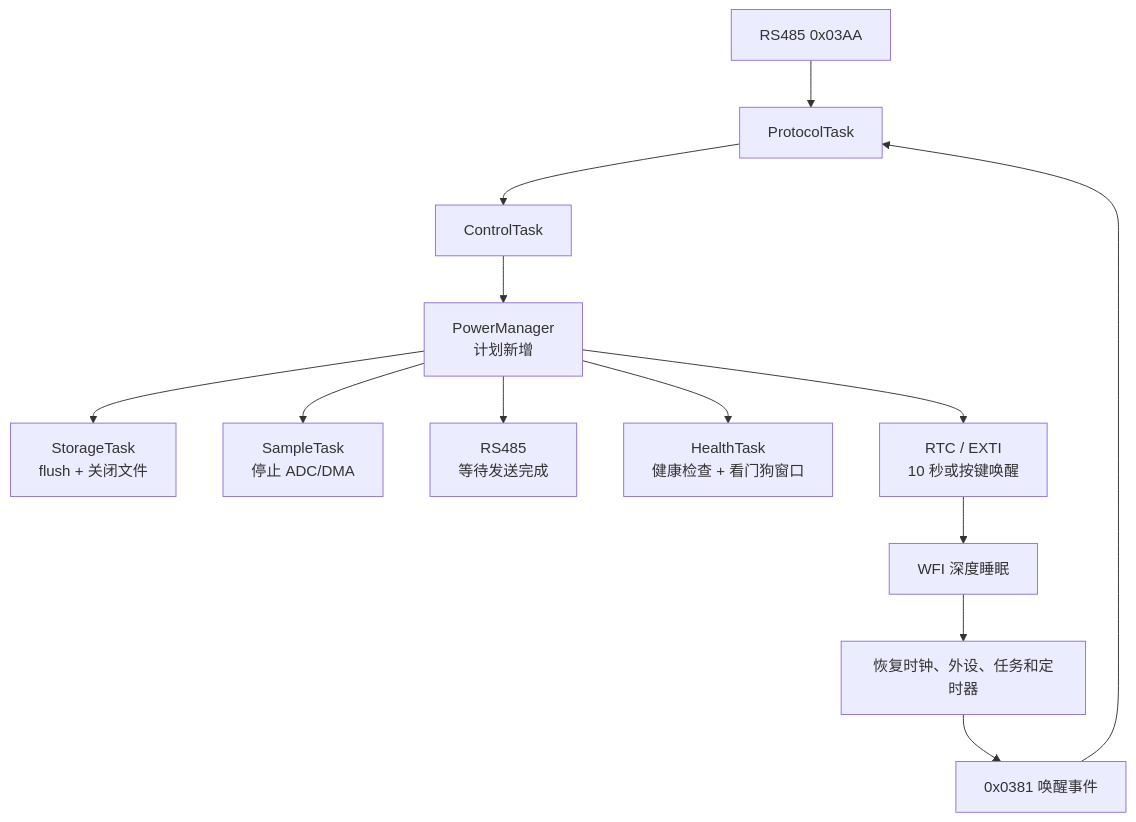
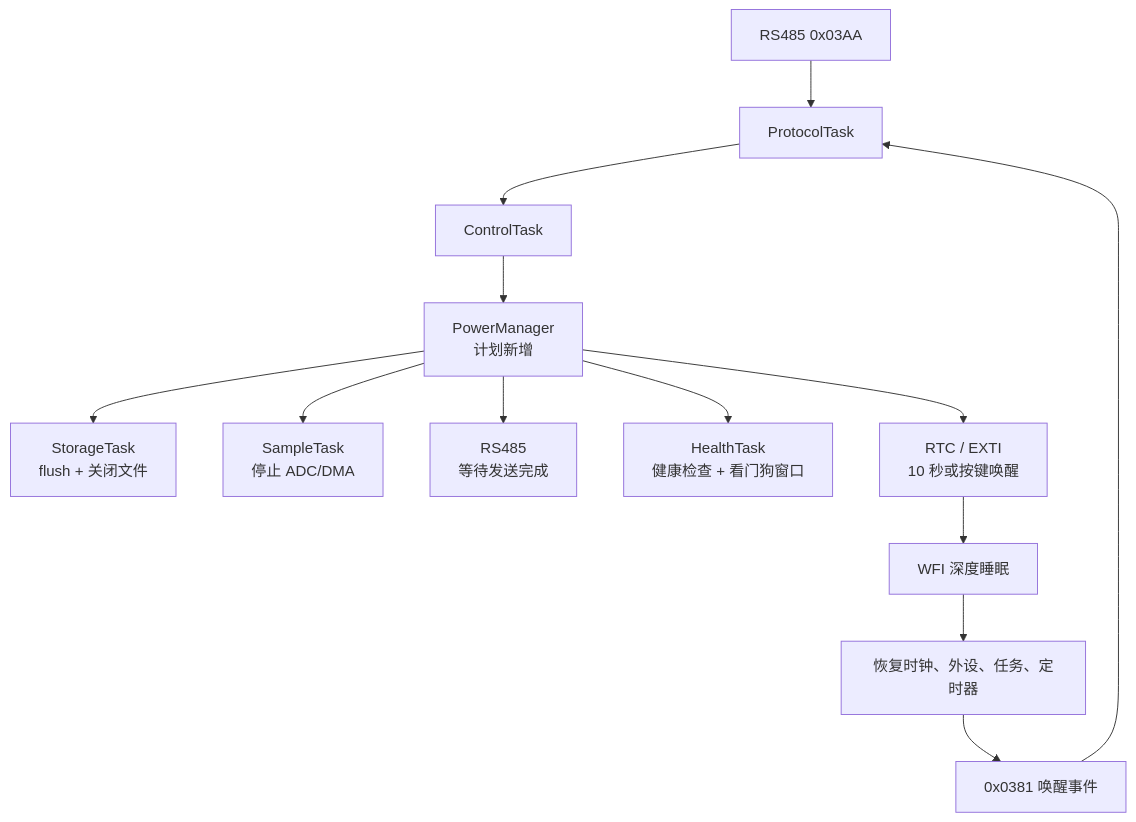
One commit to TheMIrddddddddd/EmbeddedSystem changed the second of 2 diagrams in README.md. Above: the diagram before and after it, drawn with Mermaid. The commit also changed other lines of this file and 1 other file, not shown here.

```diff
--- a/README.md
+++ b/README.md
@@ -279,24 +294,24 @@
 ~~~mermaid
 flowchart TD
     CMD["RS485 0x03AA"]
     P["ProtocolTask"]
     C["ControlTask"]
     PM["PowerManager<br/>计划新增"]
     S["StorageTask<br/>flush + 关闭文件"]
     A["SampleTask<br/>停止 ADC/DMA"]
     R["RS485<br/>等待发送完成"]
     H["HealthTask<br/>健康检查 + 看门狗窗口"]
     W["RTC / EXTI<br/>10 秒或按键唤醒"]
-    WFI["WFI 深度睡眠"]
-    RES["恢复时钟、外设、任务和定时器"]
-    EVT["0x0381 唤醒事件"]
+    SLEEP["WFI 深度睡眠"]
+    RESTORE["恢复时钟、外设、任务、定时器"]
+    EVENT["0x0381 唤醒事件"]
 
     CMD --> P --> C --> PM
     PM --> S
     PM --> A
     PM --> R
     PM --> H
-    PM --> W --> WFI
-    WFI --> RES --> EVT
-    EVT --> P
+    PM --> W --> SLEEP
+    SLEEP --> RESTORE --> EVENT
+    EVENT --> P
 ~~~
```
